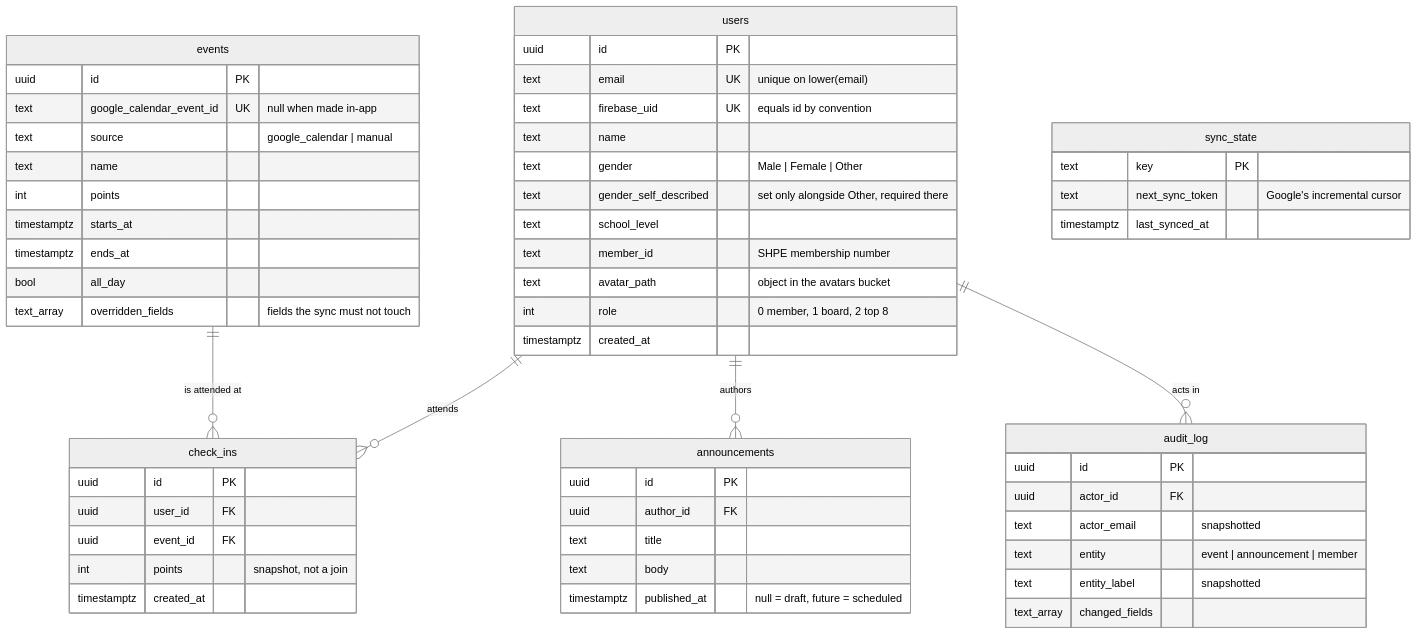
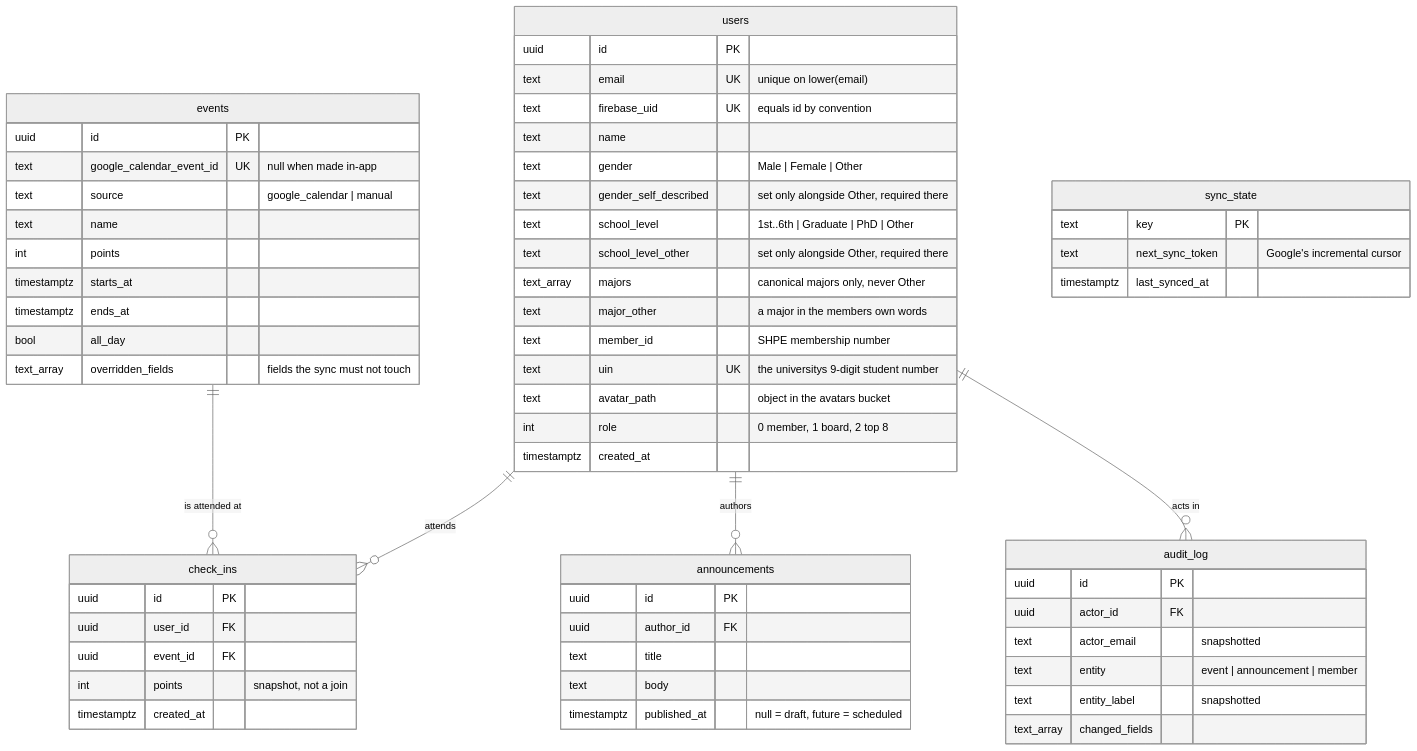
One commit to SHPE-UIC/shpe-web-app changed the tenth of 12 diagrams in docs/ARCHITECTURE.md. Above: the diagram before and after it, drawn with Mermaid (neutral theme). The commit also changed other lines of this file and 30 other files, not shown here.

First line of the commit message:
Add majors and UIN to signup and admin flows

````diff
--- a/docs/ARCHITECTURE.md
+++ b/docs/ARCHITECTURE.md
@@ -419,59 +427,63 @@
 ```mermaid
 erDiagram
     users ||--o{ check_ins : "attends"
     events ||--o{ check_ins : "is attended at"
     users ||--o{ announcements : "authors"
     users ||--o{ audit_log : "acts in"
 
     users {
         uuid id PK
         text email UK "unique on lower(email)"
         text firebase_uid UK "equals id by convention"
         text name
         text gender "Male | Female | Other"
         text gender_self_described "set only alongside Other, required there"
-        text school_level
+        text school_level "1st..6th | Graduate | PhD | Other"
+        text school_level_other "set only alongside Other, required there"
+        text_array majors "canonical majors only, never Other"
+        text major_other "a major in the members own words"
         text member_id "SHPE membership number"
+        text uin UK "the universitys 9-digit student number"
         text avatar_path "object in the avatars bucket"
         int role "0 member, 1 board, 2 top 8"
         timestamptz created_at
     }
     events {
         uuid id PK
         text google_calendar_event_id UK "null when made in-app"
         text source "google_calendar | manual"
         text name
         int points
         timestamptz starts_at
         timestamptz ends_at
         bool all_day
         text_array overridden_fields "fields the sync must not touch"
     }
     check_ins {
         uuid id PK
         uuid user_id FK
         uuid event_id FK
         int points "snapshot, not a join"
         timestamptz created_at
     }
     announcements {
         uuid id PK
         uuid author_id FK
         text title
         text body
         timestamptz published_at "null = draft, future = scheduled"
     }
     audit_log {
         uuid id PK
         uuid actor_id FK
         text actor_email "snapshotted"
         text entity "event | announcement | member"
         text entity_label "snapshotted"
         text_array changed_fields
     }
     sync_state {
         text key PK
         text next_sync_token "Google's incremental cursor"
         timestamptz last_synced_at
     }
 ```
````
